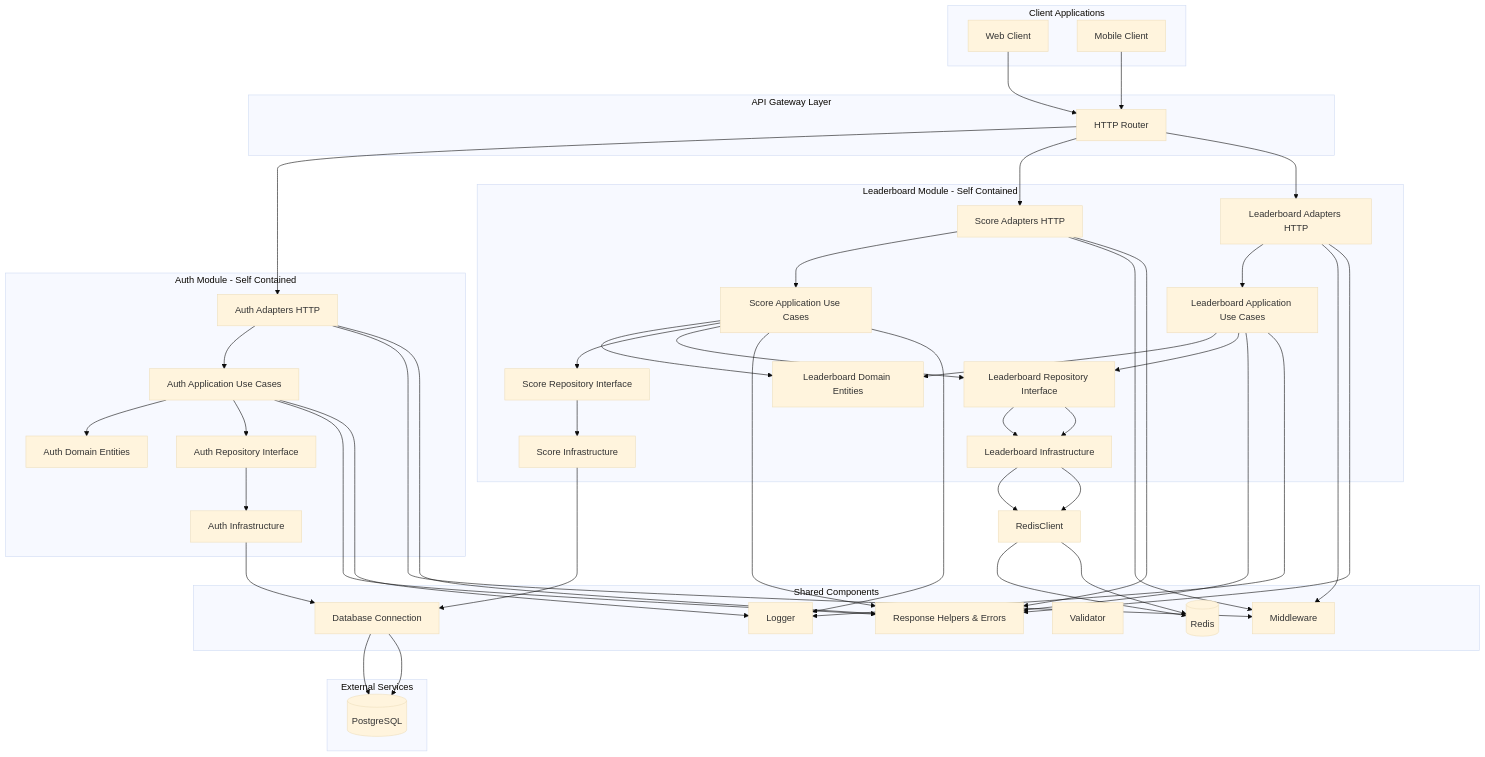
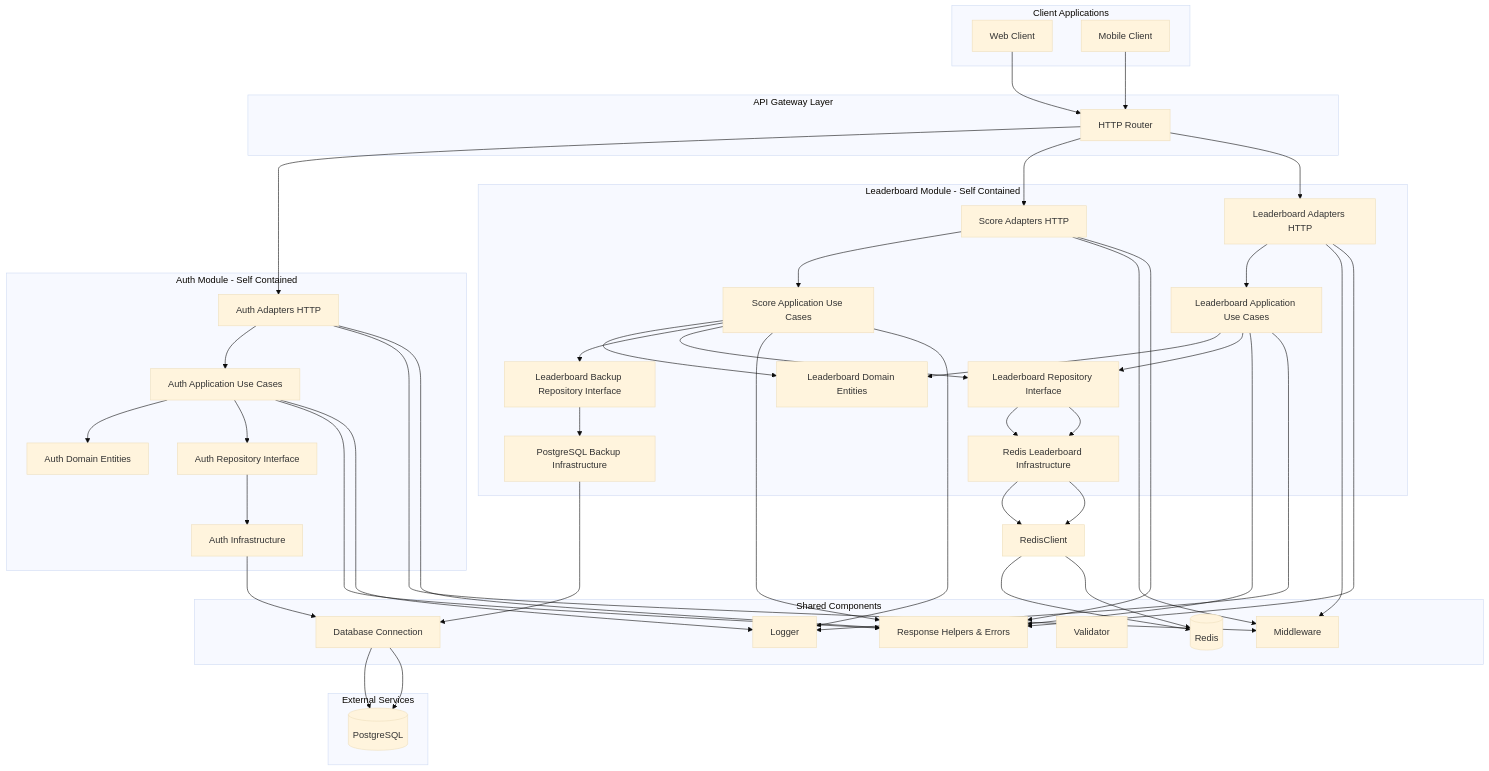
The first of 2 diagrams in docs/architecture.md (nhatnam1507/real-time-leaderboard), drawn with Mermaid (base theme) before and after one commit. The commit also changed other lines of this file and 22 other files, not shown here.

```diff
--- a/docs/architecture.md
+++ b/docs/architecture.md
@@ -34,10 +34,10 @@
         ScoreApplication[Score Application Use Cases]
         LeaderboardApplication[Leaderboard Application Use Cases]
         LeaderboardDomain[Leaderboard Domain Entities]
-        ScoreDomainRepo[Score Repository Interface]
+        BackupDomainRepo[Leaderboard Backup Repository Interface]
         LeaderboardDomainRepo[Leaderboard Repository Interface]
-        ScoreInfra[Score Infrastructure]
-        LeaderboardInfra[Leaderboard Infrastructure]
+        BackupInfra[PostgreSQL Backup Infrastructure]
+        LeaderboardInfra[Redis Leaderboard Infrastructure]
     end
     
     subgraph shared[Shared Components]
@@ -70,9 +70,9 @@
     
     ScoreAdapter --> ScoreApplication
     ScoreApplication --> LeaderboardDomain
-    ScoreApplication --> ScoreDomainRepo
-    ScoreDomainRepo --> ScoreInfra
-    ScoreInfra --> Database
+    ScoreApplication --> BackupDomainRepo
+    BackupDomainRepo --> BackupInfra
+    BackupInfra --> Database
     ScoreApplication --> LeaderboardDomainRepo
     LeaderboardDomainRepo --> LeaderboardInfra
     LeaderboardInfra --> RedisClient
```
